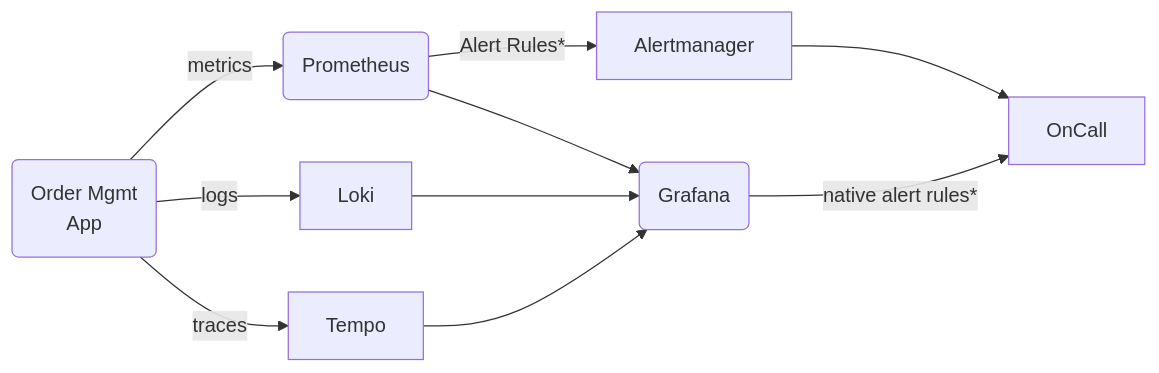
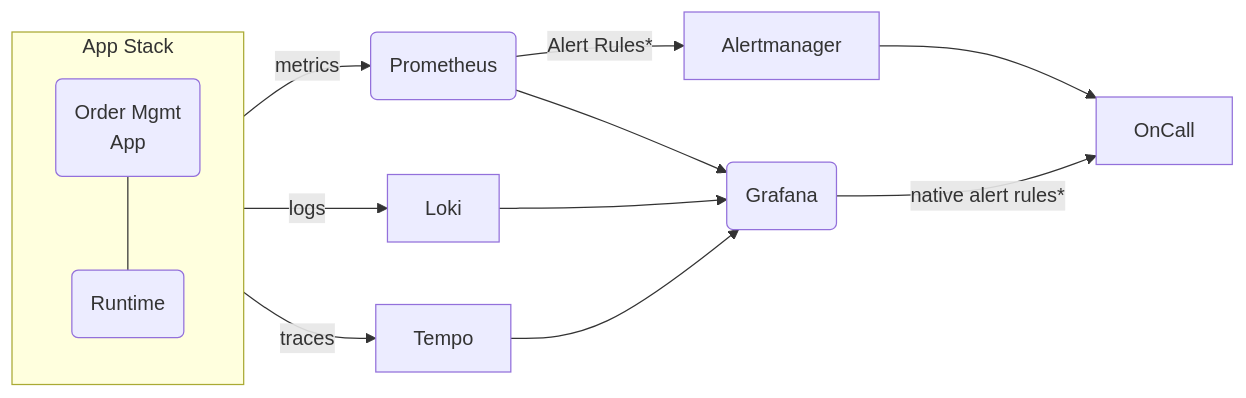
One commit to wojciech11/se_internet_app_development changed the diagram in cwiczenia/06_produkcja/example_otel/README.md. Above: the diagram before and after it, drawn with Mermaid. The commit also changed 4 other files, not shown here.

````diff
--- a/cwiczenia/06_produkcja/example_otel/README.md
+++ b/cwiczenia/06_produkcja/example_otel/README.md
@@ -11,13 +11,19 @@
 ```mermaid
 flowchart LR
-    App(Order Mgmt\nApp) -- metrics --> Pr(Prometheus) --> Gr(Grafana)
-    App -- logs --> Loki
+
     App -- traces --> Tempo
+    App -- metrics --> Pr(Prometheus) --> Gr(Grafana)
+    Deps -- logs --> Loki
+
+    subgraph App Stack
+      direction TB
+      App(Order Mgmt\nApp) --- Deps(Runtime)
+    end
 
     Loki --> Gr
     Tempo --> Gr
 
     Pr -- Alert Rules* --> Alertmanager --> OnCall
 
     Gr -- native alert rules* --> OnCall
 ```
````
